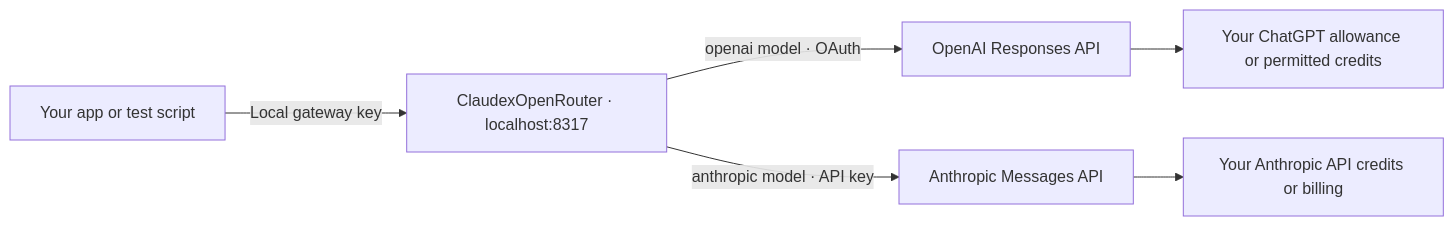
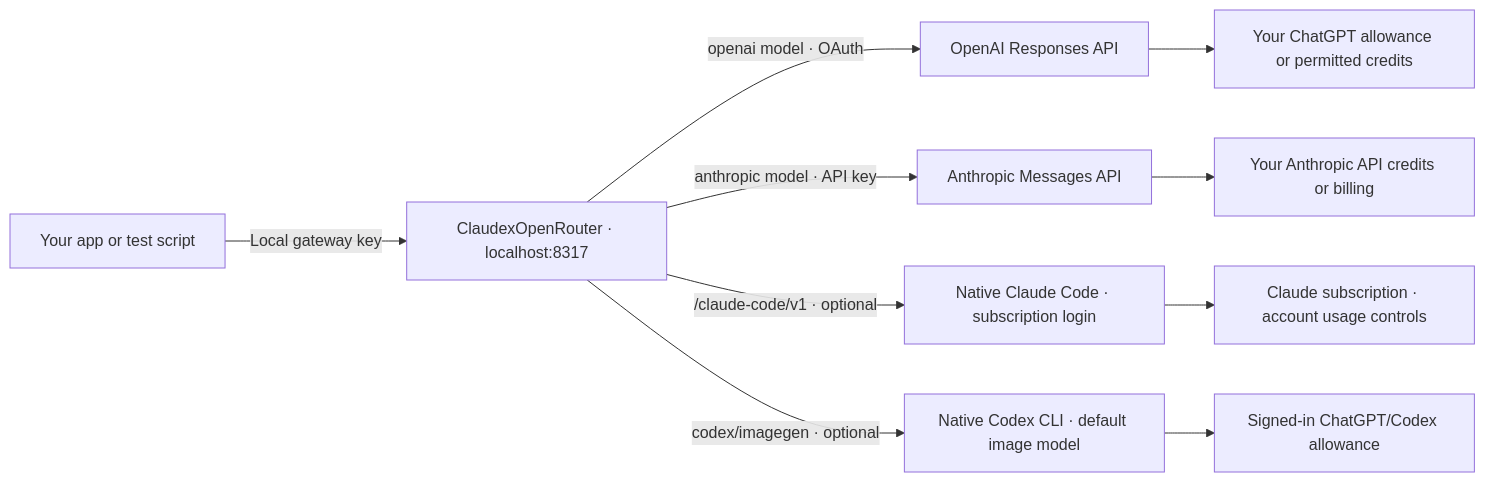
The first of 2 diagrams in README.md (Nerdstorm/ClaudexOpenRouter), drawn with Mermaid before and after one commit. The commit also changed other lines of this file and 23 other files, not shown here.

First line of the commit message:
feat: add native Claude subscription and Codex image backends

````diff
--- a/README.md
+++ b/README.md
@@ -9,8 +9,12 @@
 ```mermaid
 flowchart LR
     App["Your app or test script"] -->|"Local gateway key"| Gateway["ClaudexOpenRouter · localhost:8317"]
     Gateway -->|"openai model · OAuth"| OpenAI["OpenAI Responses API"]
     Gateway -->|"anthropic model · API key"| Claude["Anthropic Messages API"]
+    Gateway -->|"/claude-code/v1 · optional"| CC["Native Claude Code · subscription login"]
+    Gateway -->|"codex/imagegen · optional"| Codex["Native Codex CLI · default image model"]
     OpenAI --> Plan["Your ChatGPT allowance or permitted credits"]
     Claude --> Balance["Your Anthropic API credits or billing"]
+    CC --> ClaudePlan["Claude subscription · account usage controls"]
+    Codex --> CodexUsage["Signed-in ChatGPT/Codex allowance"]
 ```
````
